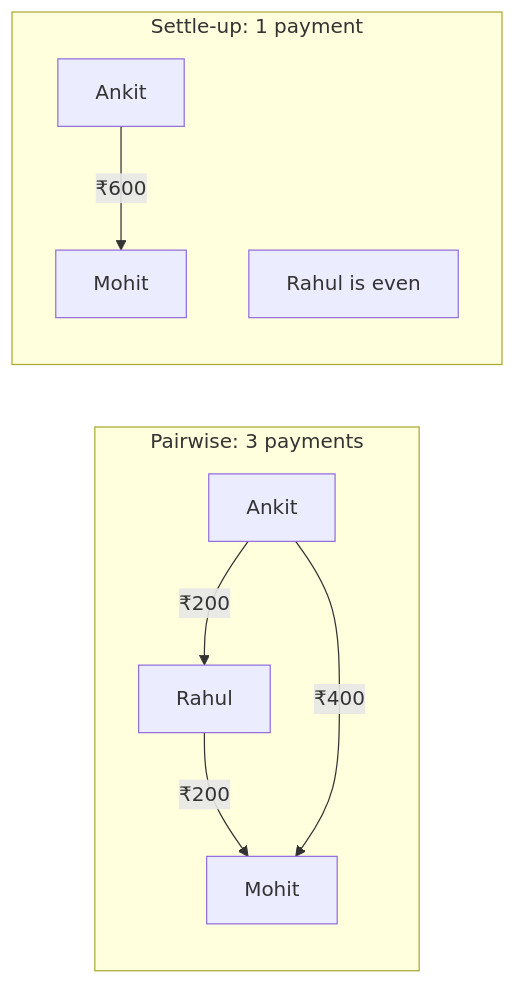
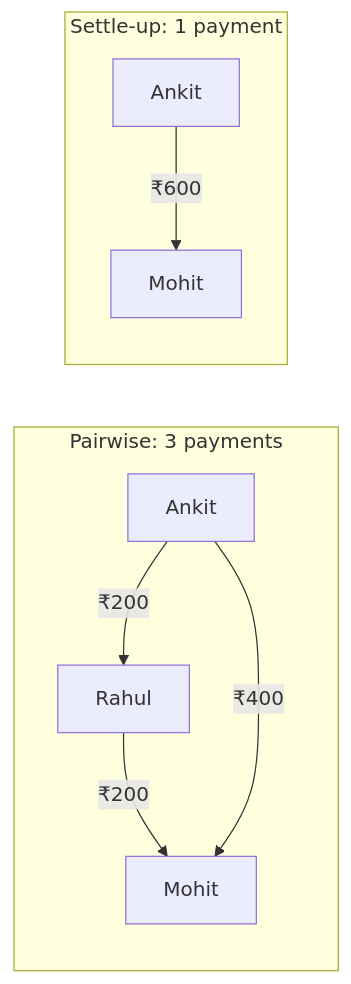
Before and after one commit to AdityaP700/Akira: the first of 2 diagrams in README.md, drawn with Mermaid. The commit also changed other lines of this file and 29 other files, not shown here.

````diff
--- a/README.md
+++ b/README.md
@@ -36,12 +48,11 @@
 ```mermaid
 flowchart LR
     subgraph Before["Pairwise: 3 payments"]
         R1["Rahul"] -- "₹200" --> M1["Mohit"]
         A1["Ankit"] -- "₹400" --> M1
         A1 -- "₹200" --> R1
     end
     subgraph After["Settle-up: 1 payment"]
         A2["Ankit"] -- "₹600" --> M2["Mohit"]
-        R2["Rahul is even"]
     end
 ```
````
